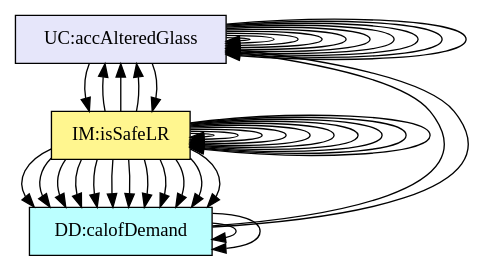
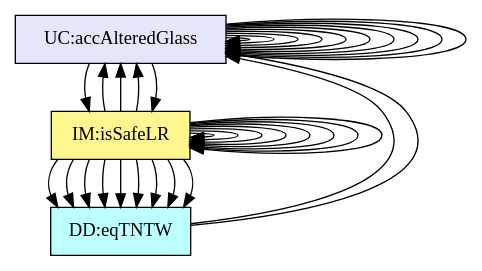
The diagram in code/stable/glassbr/TraceyGraph/allvsall.dot (JacquesCarette/Drasil), drawn with Graphviz before and after one commit. The commit also changed 25 other files, not shown here.

```diff
--- a/code/stable/glassbr/TraceyGraph/allvsall.dot
+++ b/code/stable/glassbr/TraceyGraph/allvsall.dot
@@ -1,134 +1,125 @@
 digraph allvsall {
 	instance:assumpLDFC -> instance:assumpSV;
 	dataDefn:loadDurFactor -> instance:assumpSV;
 	dataDefn:loadDurFactor -> instance:assumpLDFC;
-	dataDefn:demandq -> dataDefn:stdOffDist;
-	dataDefn:demandq -> dataDefn:eqTNTChar;
 	theory:riskFun -> dataDefn:minThick;
 	theory:riskFun -> dataDefn:loadDurFactor;
-	theory:riskFun -> theory:stressDistFac;
-	theory:stressDistFac -> dataDefn:aR;
-	theory:stressDistFac -> theory:dimlessLoad;
 	theory:nFL -> instance:assumpSV;
 	theory:nFL -> dataDefn:minThick;
 	theory:nFL -> theory:tolLoad;
 	theory:dimlessLoad -> instance:assumpSV;
 	theory:dimlessLoad -> dataDefn:minThick;
 	theory:dimlessLoad -> dataDefn:glassTypeFac;
-	theory:dimlessLoad -> dataDefn:demandq;
 	theory:tolLoad -> dataDefn:aR;
 	theory:tolLoad -> theory:sdfTol;
 	theory:sdfTol -> instance:assumpSV;
 	theory:sdfTol -> dataDefn:minThick;
 	theory:sdfTol -> dataDefn:loadDurFactor;
 	theory:probBr -> theory:riskFun;
 	theory:lResistance -> dataDefn:glassTypeFac;
 	theory:lResistance -> theory:nFL;
 	theory:isSafePb -> theory:probBr;
 	theory:isSafePb -> theory:isSafeLR;
-	theory:isSafeLR -> dataDefn:demandq;
 	theory:isSafeLR -> theory:lResistance;
 	theory:isSafeLR -> theory:isSafePb;
 	instance:outputValsAndKnownValues -> instance:inputValues;
 	instance:outputValsAndKnownValues -> instance:sysSetValsFollowingAssumps;
 	instance:checkGlassSafety -> theory:isSafePb;
 	instance:checkGlassSafety -> theory:isSafeLR;
 	instance:calcInternalBlastRisk -> instance:assumpES;
 	instance:varValsOfmkE -> instance:assumpSV;
 	instance:varValsOfmkE -> instance:assumpLDFC;
 	instance:accMoreThanSingleLite -> instance:assumpGL;
 	instance:accMoreBoundaryConditions -> instance:assumpBC;
 	instance:considerMoreThanFlexGlass -> instance:assumpRT;
 	instance:accAlteredGlass -> instance:assumpGC;
 
 
 	instance:assumpGT	[shape=box, color=black, style=filled, fillcolor=mistyrose, label="A:assumpGT"];
 	instance:assumpGC	[shape=box, color=black, style=filled, fillcolor=mistyrose, label="A:assumpGC"];
 	instance:assumpES	[shape=box, color=black, style=filled, fillcolor=mistyrose, label="A:assumpES"];
 	instance:assumpSV	[shape=box, color=black, style=filled, fillcolor=mistyrose, label="A:assumpSV"];
 	instance:assumpGL	[shape=box, color=black, style=filled, fillcolor=mistyrose, label="A:assumpGL"];
 	instance:assumpBC	[shape=box, color=black, style=filled, fillcolor=mistyrose, label="A:assumpBC"];
 	instance:assumpRT	[shape=box, color=black, style=filled, fillcolor=mistyrose, label="A:assumpRT"];
 	instance:assumpLDFC	[shape=box, color=black, style=filled, fillcolor=mistyrose, label="A:assumpLDFC"];
 
 	subgraph A {
 	rank="same"
 	{instance:assumpGT, instance:assumpGC, instance:assumpES, instance:assumpSV, instance:assumpGL, instance:assumpBC, instance:assumpRT, instance:assumpLDFC}
 	}
 
 	dataDefn:minThick	[shape=box, color=black, style=filled, fillcolor=paleturquoise1, label="DD:minThick"];
 	dataDefn:loadDurFactor	[shape=box, color=black, style=filled, fillcolor=paleturquoise1, label="DD:loadDurFactor"];
 	dataDefn:glassTypeFac	[shape=box, color=black, style=filled, fillcolor=paleturquoise1, label="DD:gTF"];
 	dataDefn:stdOffDist	[shape=box, color=black, style=filled, fillcolor=paleturquoise1, label="DD:standOffDist"];
 	dataDefn:aR	[shape=box, color=black, style=filled, fillcolor=paleturquoise1, label="DD:aspectRatio"];
 	dataDefn:eqTNTChar	[shape=box, color=black, style=filled, fillcolor=paleturquoise1, label="DD:eqTNTW"];
-	dataDefn:demandq	[shape=box, color=black, style=filled, fillcolor=paleturquoise1, label="DD:calofDemand"];
 
 	subgraph DD {
 	rank="same"
-	{dataDefn:minThick, dataDefn:loadDurFactor, dataDefn:glassTypeFac, dataDefn:stdOffDist, dataDefn:aR, dataDefn:eqTNTChar, dataDefn:demandq}
+	{dataDefn:minThick, dataDefn:loadDurFactor, dataDefn:glassTypeFac, dataDefn:stdOffDist, dataDefn:aR, dataDefn:eqTNTChar}
 	}
 
 	theory:isSafeProb	[shape=box, color=black, style=filled, fillcolor=pink, label="TM:isSafeProb"];
 	theory:isSafeLoad	[shape=box, color=black, style=filled, fillcolor=pink, label="TM:isSafeLoad"];
 
 	subgraph TM {
 	rank="same"
 	{theory:isSafeProb, theory:isSafeLoad}
 	}
 
 	theory:riskFun	[shape=box, color=black, style=filled, fillcolor=khaki1, label="IM:riskFun"];
-	theory:stressDistFac	[shape=box, color=black, style=filled, fillcolor=khaki1, label="IM:stressDistFac"];
 	theory:nFL	[shape=box, color=black, style=filled, fillcolor=khaki1, label="IM:nFL"];
 	theory:dimlessLoad	[shape=box, color=black, style=filled, fillcolor=khaki1, label="IM:dimlessLoad"];
 	theory:tolLoad	[shape=box, color=black, style=filled, fillcolor=khaki1, label="IM:tolLoad"];
 	theory:sdfTol	[shape=box, color=black, style=filled, fillcolor=khaki1, label="IM:sdfTol"];
 	theory:probBr	[shape=box, color=black, style=filled, fillcolor=khaki1, label="IM:probOfBreak"];
 	theory:lResistance	[shape=box, color=black, style=filled, fillcolor=khaki1, label="IM:calofCapacity"];
 	theory:isSafePb	[shape=box, color=black, style=filled, fillcolor=khaki1, label="IM:isSafePb"];
 	theory:isSafeLR	[shape=box, color=black, style=filled, fillcolor=khaki1, label="IM:isSafeLR"];
 
 	subgraph IM {
 	rank="same"
-	{theory:riskFun, theory:stressDistFac, theory:nFL, theory:dimlessLoad, theory:tolLoad, theory:sdfTol, theory:probBr, theory:lResistance, theory:isSafePb, theory:isSafeLR}
+	{theory:riskFun, theory:nFL, theory:dimlessLoad, theory:tolLoad, theory:sdfTol, theory:probBr, theory:lResistance, theory:isSafePb, theory:isSafeLR}
 	}
 
 	instance:inputValues	[shape=box, color=black, style=filled, fillcolor=ivory, label="FR:inputValues"];
 	instance:sysSetValsFollowingAssumps	[shape=box, color=black, style=filled, fillcolor=ivory, label="FR:sysSetValsFollowingAssumps"];
 	instance:checkInputWithDataCons	[shape=box, color=black, style=filled, fillcolor=ivory, label="FR:checkInputWithDataCons"];
 	instance:outputValsAndKnownValues	[shape=box, color=black, style=filled, fillcolor=ivory, label="FR:outputValsAndKnownValues"];
 	instance:checkGlassSafety	[shape=box, color=black, style=filled, fillcolor=ivory, label="FR:checkGlassSafety"];
 	instance:outputValues	[shape=box, color=black, style=filled, fillcolor=ivory, label="FR:outputValues"];
 	instance:correct	[shape=box, color=black, style=filled, fillcolor=ivory, label="NFR:correct"];
 	instance:verifiable	[shape=box, color=black, style=filled, fillcolor=ivory, label="NFR:verifiable"];
 	instance:understandable	[shape=box, color=black, style=filled, fillcolor=ivory, label="NFR:understandable"];
 	instance:reusable	[shape=box, color=black, style=filled, fillcolor=ivory, label="NFR:reusable"];
 	instance:maintainable	[shape=box, color=black, style=filled, fillcolor=ivory, label="NFR:maintainable"];
 	instance:portable	[shape=box, color=black, style=filled, fillcolor=ivory, label="NFR:portable"];
 
 	subgraph FR {
 	rank="same"
 	{instance:inputValues, instance:sysSetValsFollowingAssumps, instance:checkInputWithDataCons, instance:outputValsAndKnownValues, instance:checkGlassSafety, instance:outputValues, instance:correct, instance:verifiable, instance:understandable, instance:reusable, instance:maintainable, instance:portable}
 	}
 
 	instance:willBreakGS	[shape=box, color=black, style=filled, fillcolor=darkgoldenrod1, label="GS:willBreakGS"];
 
 	subgraph GS {
 	rank="same"
 	{instance:willBreakGS}
 	}
 
 	instance:calcInternalBlastRisk	[shape=box, color=black, style=filled, fillcolor=lavender, label="LC:calcInternalBlastRisk"];
 	instance:varValsOfmkE	[shape=box, color=black, style=filled, fillcolor=lavender, label="LC:varValsOfmkE"];
 	instance:accMoreThanSingleLite	[shape=box, color=black, style=filled, fillcolor=lavender, label="LC:accMoreThanSingleLite"];
 	instance:accMoreBoundaryConditions	[shape=box, color=black, style=filled, fillcolor=lavender, label="LC:accMoreBoundaryConditions"];
 	instance:considerMoreThanFlexGlass	[shape=box, color=black, style=filled, fillcolor=lavender, label="LC:considerMoreThanFlexGlass"];
 	instance:predictWithstandOfCertDeg	[shape=box, color=black, style=filled, fillcolor=lavender, label="UC:predictWithstandOfCertDeg"];
 	instance:accAlteredGlass	[shape=box, color=black, style=filled, fillcolor=lavender, label="UC:accAlteredGlass"];
 
 	subgraph LC {
 	rank="same"
 	{instance:calcInternalBlastRisk, instance:varValsOfmkE, instance:accMoreThanSingleLite, instance:accMoreBoundaryConditions, instance:considerMoreThanFlexGlass, instance:predictWithstandOfCertDeg, instance:accAlteredGlass}
 	}
 
 }
```
